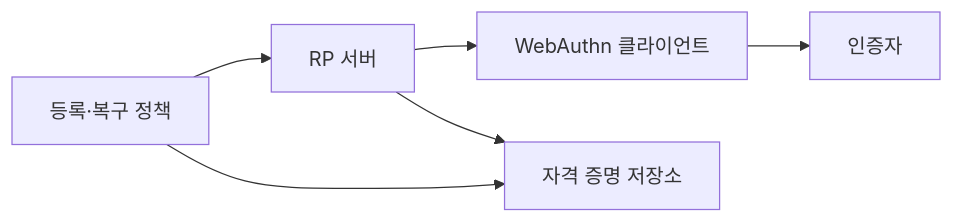
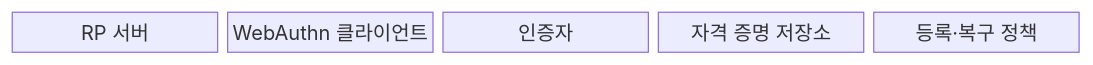
One commit to agnusdei1207/knowledge-base changed the first of 2 diagrams in src/content/docs/notes/05-security/055_fido2_webauthn.md. Above: the diagram before and after it, drawn with Mermaid. The commit also changed other lines of this file and 11 other files, not shown here.

````diff
--- a/src/content/docs/notes/05-security/055_fido2_webauthn.md
+++ b/src/content/docs/notes/05-security/055_fido2_webauthn.md
@@ -59,8 +61,9 @@
 ```mermaid
-flowchart LR
-    A[RP 서버] --> B[WebAuthn 클라이언트]
-    B --> C[인증자]
-    A --> D[자격 증명 저장소]
-    E[등록·복구 정책] --> A
-    E --> D
+block-beta
+  columns 5
+  A["RP 서버"]
+  B["WebAuthn 클라이언트"]
+  C["인증자"]
+  D["자격 증명 저장소"]
+  E["등록·복구 정책"]
 ```
````
